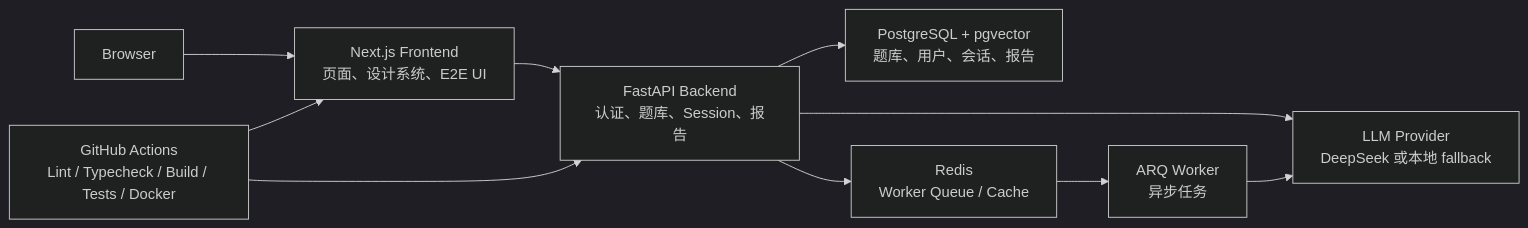
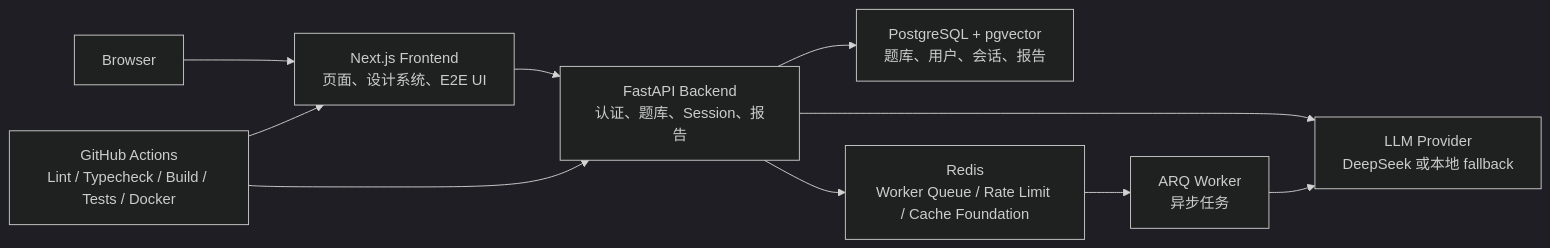
One commit to buan496/interview-agent changed the diagram in README.md. Above: the diagram before and after it, drawn with Mermaid (dark theme). The commit also changed other lines of this file and 16 other files, not shown here.

Commit message:
Add Redis-backed rate limit foundation (#44)

````diff
--- a/README.md
+++ b/README.md
@@ -82,21 +83,21 @@
 ```mermaid
 flowchart LR
   Browser["Browser"]
   Frontend["Next.js Frontend<br/>页面、设计系统、E2E UI"]
   API["FastAPI Backend<br/>认证、题库、Session、报告"]
   DB["PostgreSQL + pgvector<br/>题库、用户、会话、报告"]
-  Redis["Redis<br/>Worker Queue / Cache"]
+  Redis["Redis<br/>Worker Queue / Rate Limit / Cache Foundation"]
   Worker["ARQ Worker<br/>异步任务"]
   LLM["LLM Provider<br/>DeepSeek 或本地 fallback"]
   CI["GitHub Actions<br/>Lint / Typecheck / Build / Tests / Docker"]
 
   Browser --> Frontend
   Frontend --> API
   API --> DB
   API --> Redis
   Redis --> Worker
   API --> LLM
   Worker --> LLM
   CI --> Frontend
   CI --> API
 ```
````
